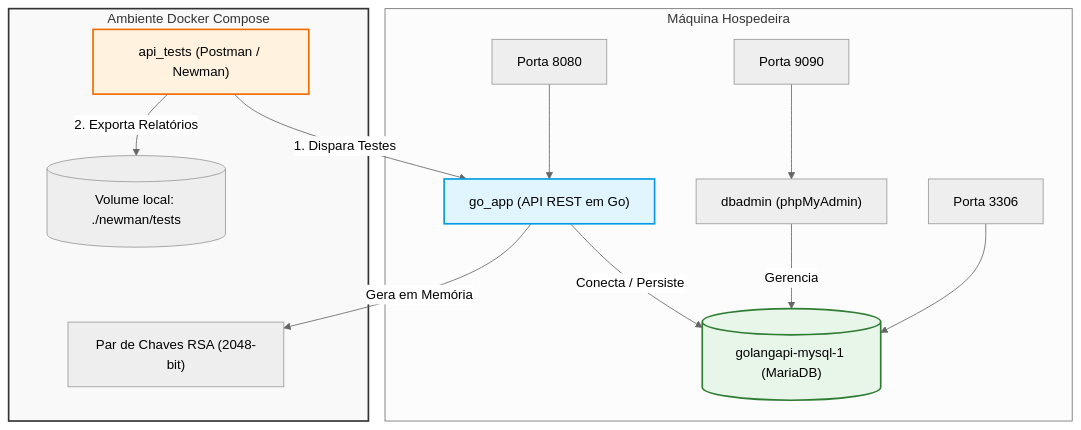
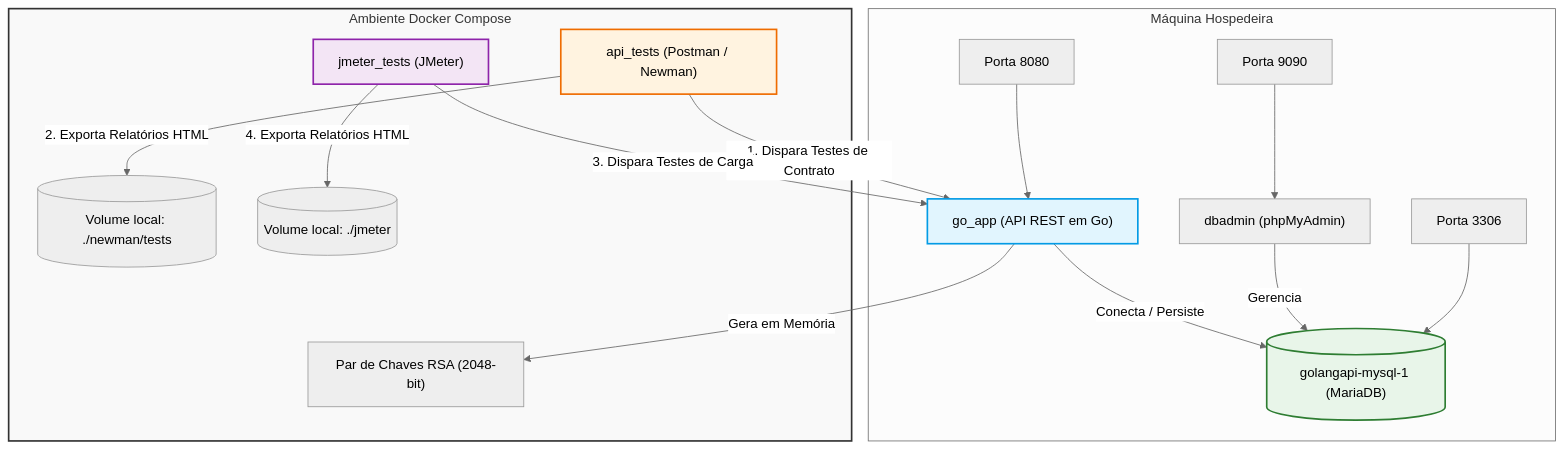
The diagram in README.md (pedrorobsonleao/golangapi), drawn with Mermaid (neutral theme) before and after one commit. The commit also changed other lines of this file and 5 other files, not shown here.

Commit message:
feat: add jmeter load tests with json assertions and align documentation

````diff
--- a/README.md
+++ b/README.md
@@ -11,25 +20,27 @@
 ```mermaid
 graph TD
     subgraph Host ["Máquina Hospedeira"]
-        P_PMA["Porta 9090"] --> PMA
-        P_APP["Porta 8080"] --> APP
-        P_DB["Porta 3306"] --> DB
+        P_PMA["Porta 9090"] --> PMA["dbadmin (phpMyAdmin)"]
+        P_APP["Porta 8080"] --> APP["go_app (API REST em Go)"]
+        P_DB["Porta 3306"] --> DB[("golangapi-mysql-1 (MariaDB)")]
     end
 
     subgraph Docker_Compose ["Ambiente Docker Compose"]
-        PMA["dbadmin (phpMyAdmin)"] -- "Gerencia" --> DB
+        PMA -- "Gerencia" --> DB
         
-        APP["go_app (API REST em Go)"] -- "Conecta / Persiste" --> DB
+        APP -- "Conecta / Persiste" --> DB
         APP -- "Gera em Memória" --> RSA["Par de Chaves RSA (2048-bit)"]
         
-        DB[("golangapi-mysql-1 (MariaDB)")]
+        NEWMAN["api_tests (Postman / Newman)"] -- "1. Dispara Testes de Contrato" --> APP
+        NEWMAN -- "2. Exporta Relatórios HTML" --> VOL_NEWMAN[("Volume local: ./newman/tests")]
         
-        NEWMAN["api_tests (Postman / Newman)"] -- "1. Dispara Testes" --> APP
-        NEWMAN -- "2. Exporta Relatórios" --> VOL[("Volume local: ./newman/tests")]
+        JMETER["jmeter_tests (JMeter)"] -- "3. Dispara Testes de Carga" --> APP
+        JMETER -- "4. Exporta Relatórios HTML" --> VOL_JMETER[("Volume local: ./jmeter")]
     end
 
     style Docker_Compose fill:#f9f9f9,stroke:#333,stroke-width:2px
     style APP fill:#e1f5fe,stroke:#039be5,stroke-width:2px
     style DB fill:#e8f5e9,stroke:#2e7d32,stroke-width:2px
     style NEWMAN fill:#fff3e0,stroke:#ef6c00,stroke-width:2px
+    style JMETER fill:#f3e5f5,stroke:#8e24aa,stroke-width:2px
 ```
````
